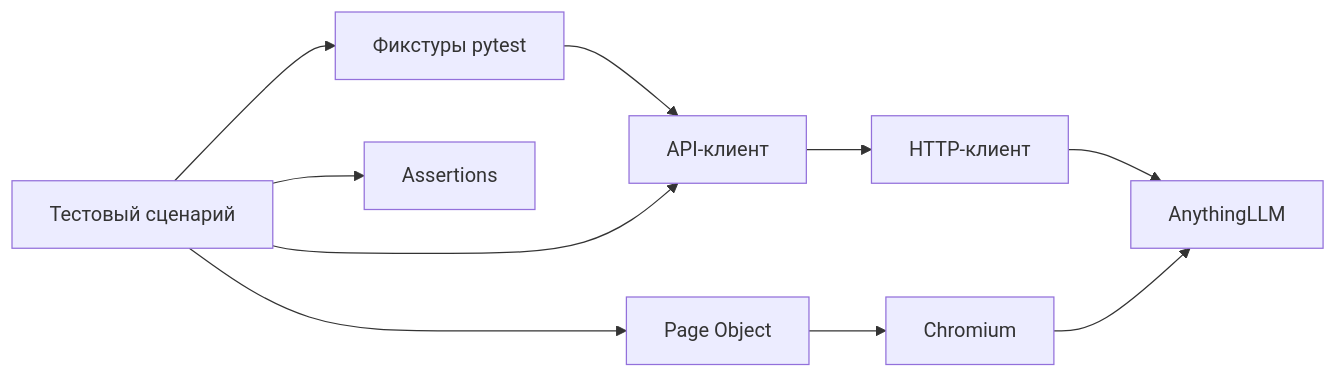
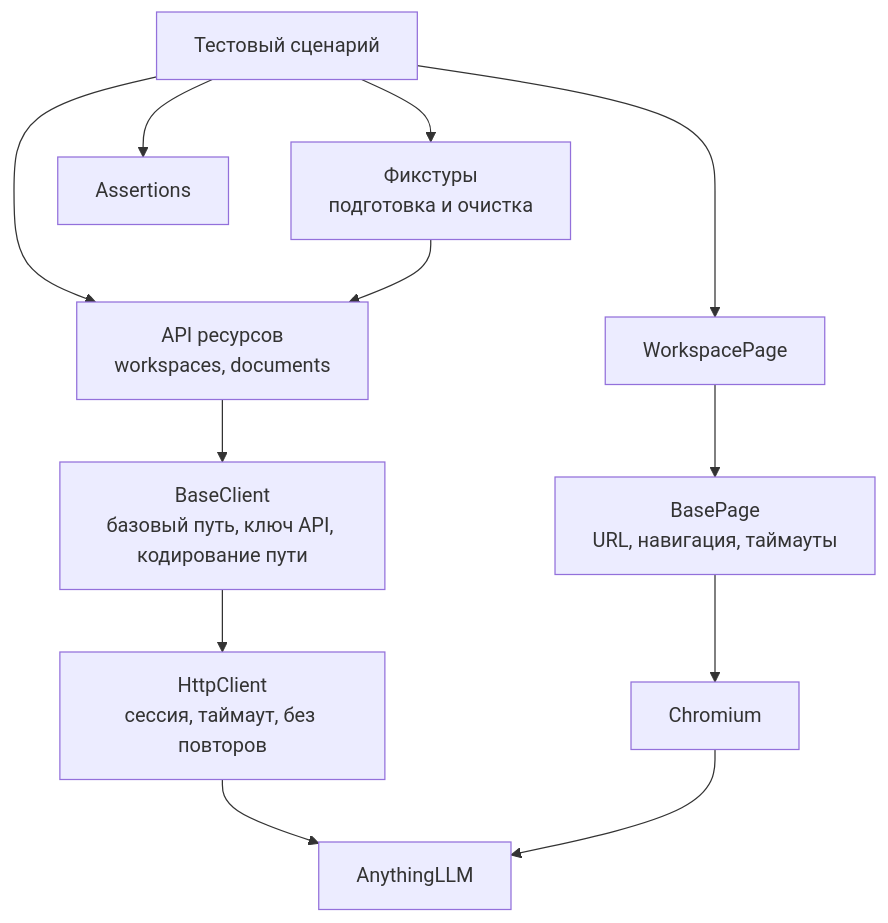
Before and after one commit to karmise/local-llm-lab: the diagram in docs/framework-onboarding.ru.md, drawn with Mermaid. The commit also changed other lines of this file and 83 other files, not shown here.

````diff
--- a/docs/framework-onboarding.ru.md
+++ b/docs/framework-onboarding.ru.md
@@ -97,12 +97,14 @@
 ```mermaid
-flowchart LR
-    T[Тестовый сценарий] --> F[Фикстуры pytest]
-    F --> A[API-клиент]
-    T --> A
-    A --> H[HTTP-клиент]
+flowchart TB
+    T[Тестовый сценарий] --> F[Фикстуры<br/>подготовка и очистка]
+    T --> C[Assertions]
+    T --> API
+    F --> API[API ресурсов<br/>workspaces, documents]
+    API --> BC[BaseClient<br/>базовый путь, ключ API, кодирование пути]
+    BC --> H[HttpClient<br/>сессия, таймаут, без повторов]
     H --> S[AnythingLLM]
-    T --> P[Page Object]
-    P --> B[Chromium]
+    T --> P[WorkspacePage]
+    P --> BP[BasePage<br/>URL, навигация, таймауты]
+    BP --> B[Chromium]
     B --> S
-    T --> C[Assertions]
 ```
````
